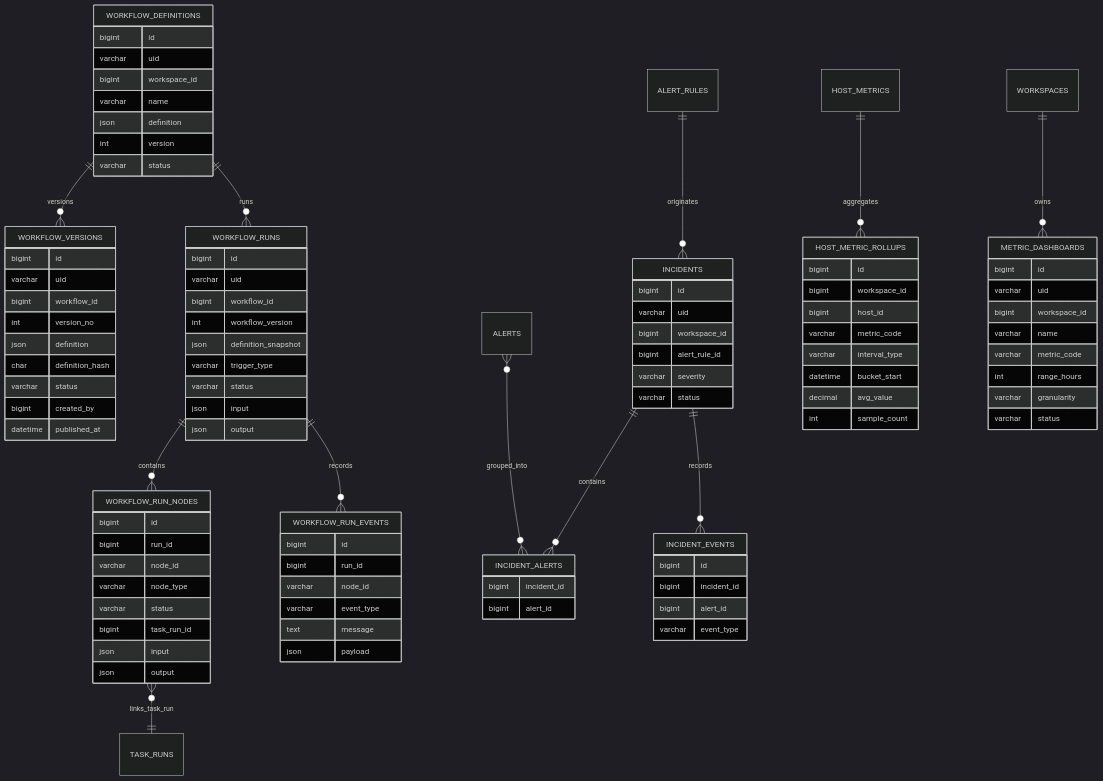
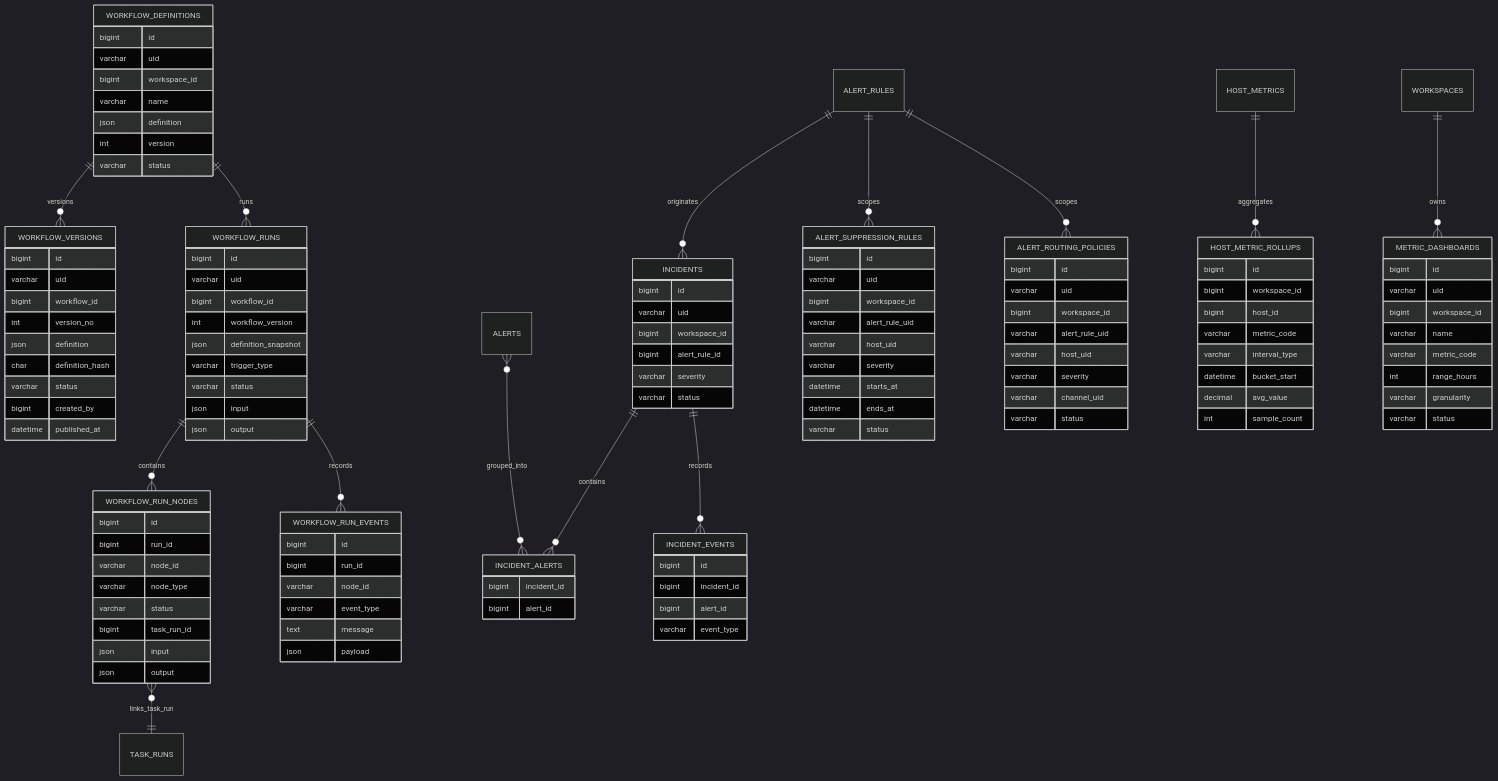
Before and after one commit to Zhenmeng8023/OpsPilot: the fourth of 5 diagrams in docs/UML/core-uml-v1.0-update.en.md, drawn with Mermaid (dark theme). The commit also changed other lines of this file and 14 other files, not shown here.

```diff
--- a/docs/UML/core-uml-v1.0-update.en.md
+++ b/docs/UML/core-uml-v1.0-update.en.md
@@ -164,6 +169,8 @@
   INCIDENTS ||--o{ INCIDENT_ALERTS : contains
   INCIDENTS ||--o{ INCIDENT_EVENTS : records
   ALERT_RULES ||--o{ INCIDENTS : originates
+  ALERT_RULES ||--o{ ALERT_SUPPRESSION_RULES : scopes
+  ALERT_RULES ||--o{ ALERT_ROUTING_POLICIES : scopes
   HOST_METRICS ||--o{ HOST_METRIC_ROLLUPS : aggregates
   WORKSPACES ||--o{ METRIC_DASHBOARDS : owns
 
@@ -242,6 +249,29 @@
     varchar event_type
   }
 
+  ALERT_SUPPRESSION_RULES {
+    bigint id
+    varchar uid
+    bigint workspace_id
+    varchar alert_rule_uid
+    varchar host_uid
+    varchar severity
+    datetime starts_at
+    datetime ends_at
+    varchar status
+  }
+
+  ALERT_ROUTING_POLICIES {
+    bigint id
+    varchar uid
+    bigint workspace_id
+    varchar alert_rule_uid
+    varchar host_uid
+    varchar severity
+    varchar channel_uid
+    varchar status
+  }
+
   HOST_METRIC_ROLLUPS {
     bigint id
     bigint workspace_id
```
